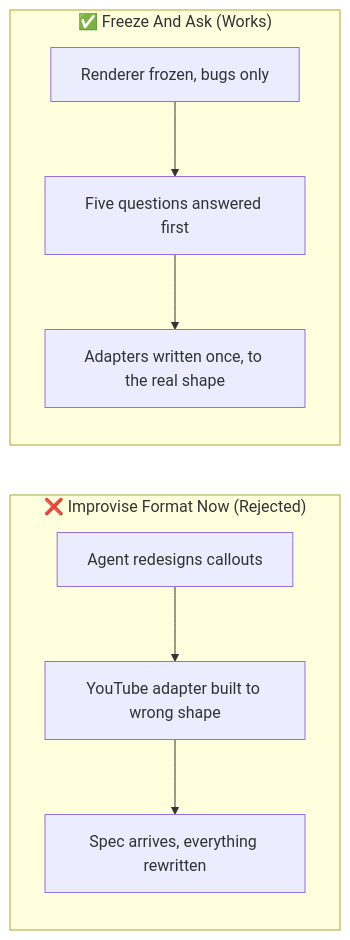
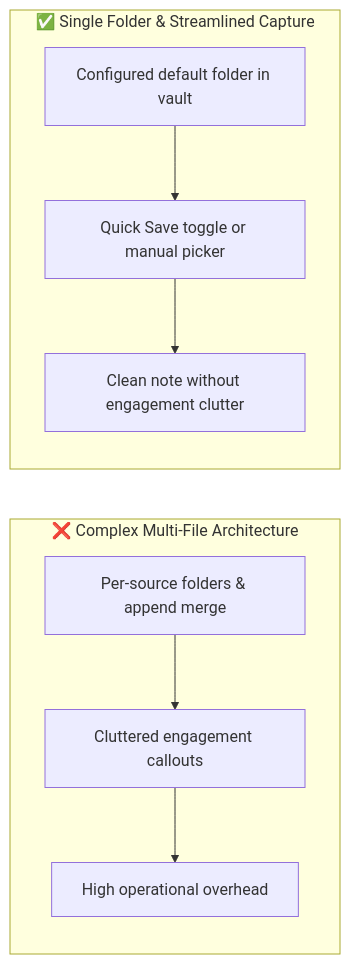
Before and after one commit to Mostakim2005/web-clipper-manager: the ninth of 14 diagrams in docs/DECISIONS_AND_TRAPS.md, drawn with Mermaid. The commit also changed other lines of this file and 6 other files, not shown here.

Commit message:
docs: settle open questions, exclude YouTube, streamline single vault folder with Quick Save

````diff
--- a/docs/DECISIONS_AND_TRAPS.md
+++ b/docs/DECISIONS_AND_TRAPS.md
@@ -195,11 +195,11 @@
 ```mermaid
 flowchart LR
-    subgraph Failed["❌ Improvise Format Now (Rejected)"]
-        A1[Agent redesigns callouts] --> A2[YouTube adapter built to wrong shape]
-        A2 --> A3[Spec arrives, everything rewritten]
+    subgraph Rejected["❌ Complex Multi-File Architecture"]
+        A1[Per-source folders & append merge] --> A2[Cluttered engagement callouts]
+        A2 --> A3[High operational overhead]
     end
-    subgraph Active["✅ Freeze And Ask (Works)"]
-        B1[Renderer frozen, bugs only] --> B2[Five questions answered first]
-        B2 --> B3[Adapters written once, to the real shape]
+    subgraph Active["✅ Single Folder & Streamlined Capture"]
+        B1[Configured default folder in vault] --> B2[Quick Save toggle or manual picker]
+        B2 --> B3[Clean note without engagement clutter]
     end
 ```
````
